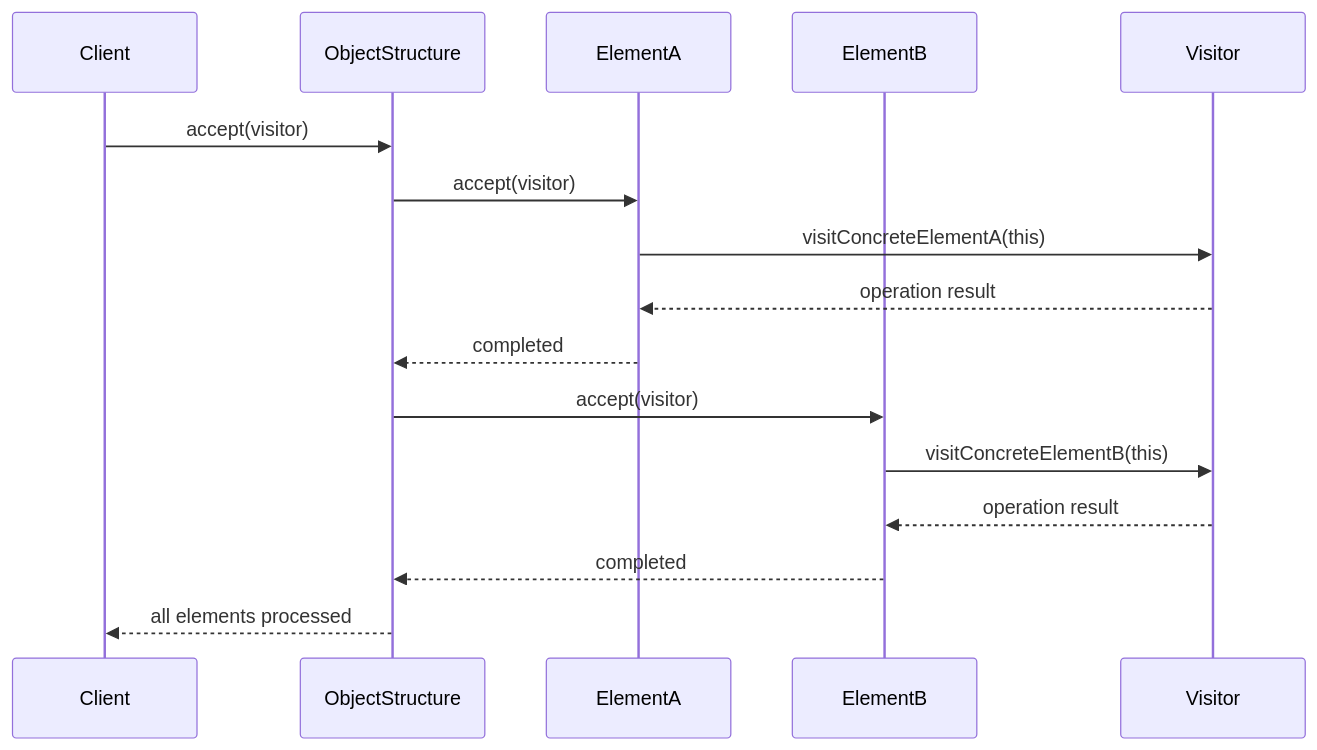
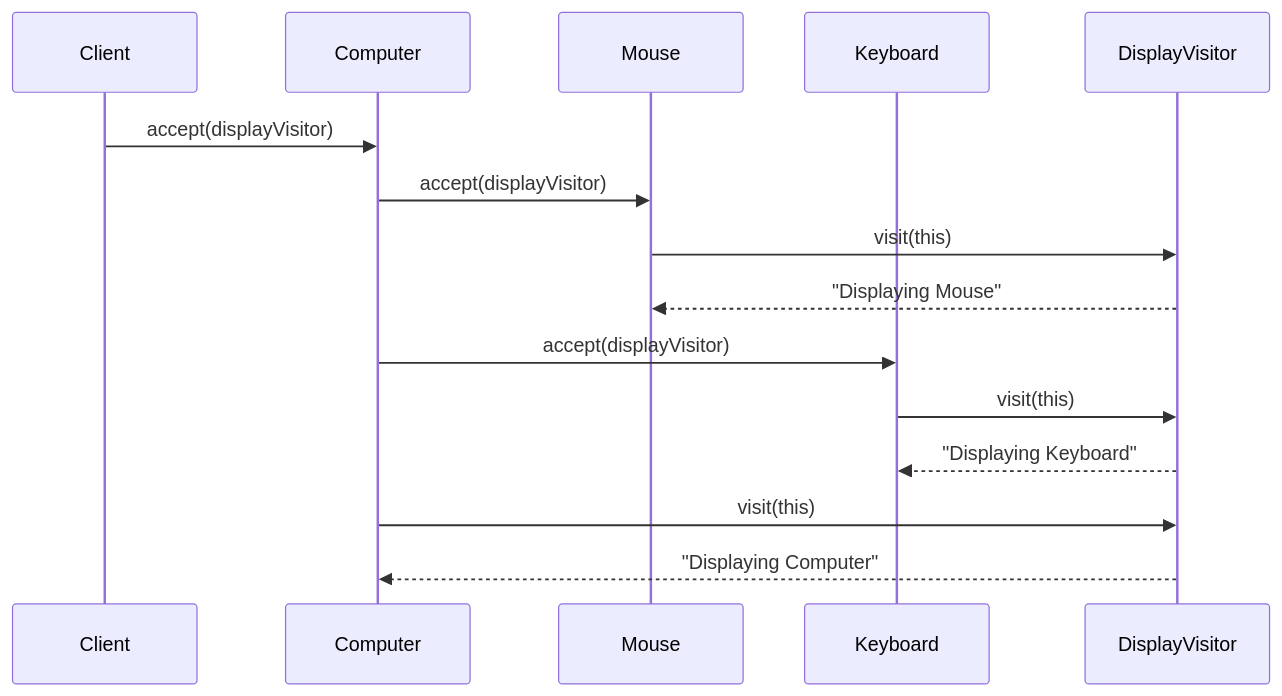
One commit to ANTHEM37/tool-box changed the second of 2 diagrams in docs/design-patterns/behavioral/visitor.md. Above: the diagram before and after it, drawn with Mermaid. The commit also changed other lines of this file and 29 other files, not shown here.

````diff
--- a/docs/design-patterns/behavioral/visitor.md
+++ b/docs/design-patterns/behavioral/visitor.md
@@ -69,18 +164,20 @@
 ```mermaid
 sequenceDiagram
     participant Client
-    participant ObjectStructure
-    participant ElementA
-    participant ElementB
-    participant Visitor
-    Client ->> ObjectStructure: accept(visitor)
-    ObjectStructure ->> ElementA: accept(visitor)
-    ElementA ->> Visitor: visitConcreteElementA(this)
-    Visitor -->> ElementA: operation result
-    ElementA -->> ObjectStructure: completed
-    ObjectStructure ->> ElementB: accept(visitor)
-    ElementB ->> Visitor: visitConcreteElementB(this)
-    Visitor -->> ElementB: operation result
-    ElementB -->> ObjectStructure: completed
-    ObjectStructure -->> Client: all elements processed
+    participant Computer
+    participant Mouse
+    participant Keyboard
+    participant DisplayVisitor
+    
+    Client->>Computer: accept(displayVisitor)
+    Computer->>Mouse: accept(displayVisitor)
+    Mouse->>DisplayVisitor: visit(this)
+    DisplayVisitor-->>Mouse: "Displaying Mouse"
+    
+    Computer->>Keyboard: accept(displayVisitor)
+    Keyboard->>DisplayVisitor: visit(this)
+    DisplayVisitor-->>Keyboard: "Displaying Keyboard"
+    
+    Computer->>DisplayVisitor: visit(this)
+    DisplayVisitor-->>Computer: "Displaying Computer"
 ```
````
